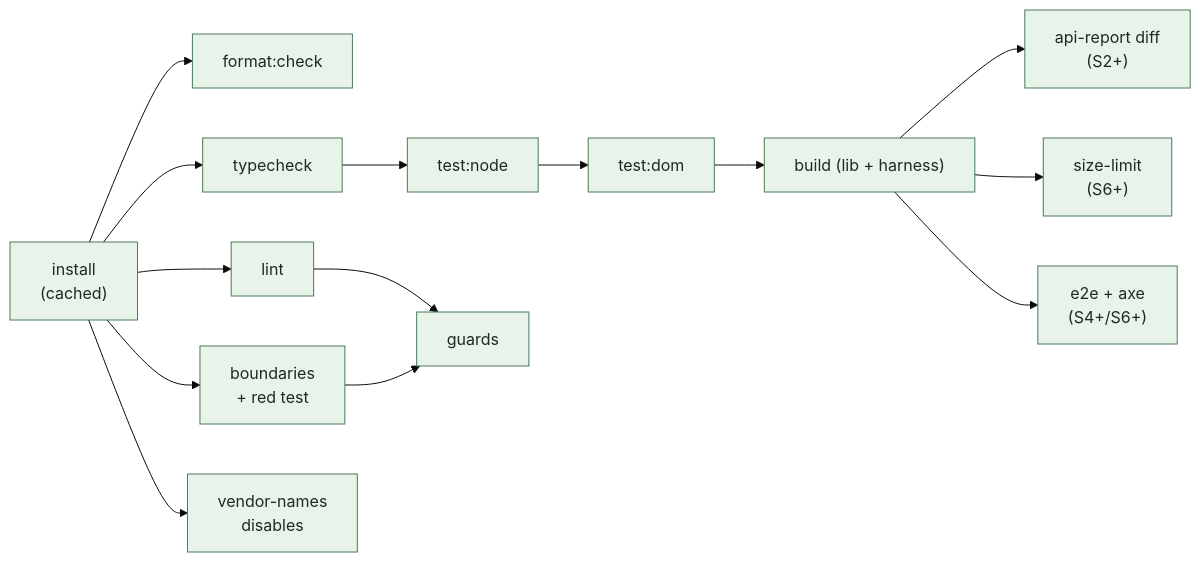
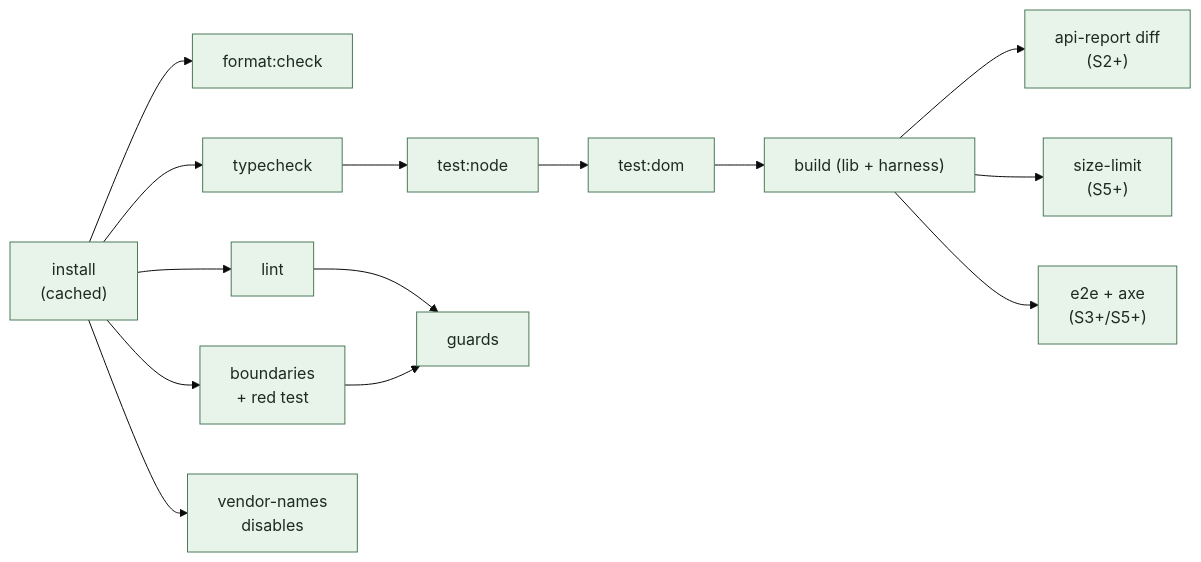
Before and after one commit to freegantt/freegantt: the diagram in docs/04-hooks-and-ci.md, drawn with Mermaid (base theme). The commit also changed other lines of this file and 25 other files, not shown here.

````diff
--- a/docs/04-hooks-and-ci.md
+++ b/docs/04-hooks-and-ci.md
@@ -132,19 +132,19 @@
 ```mermaid
 flowchart LR
   A["install<br/>(cached)"] --> B["format:check"]
   A --> C["typecheck"]
   A --> D["lint"]
   A --> E["boundaries<br/>+ red test"]
   A --> V["vendor-names<br/>disables"]
   C --> F["test:node"]
   D --> G["guards"]
   E --> G
   F --> H["test:dom"]
   H --> I["build (lib + harness)"]
   I --> J["api-report diff<br/>(S2+)"]
-  I --> K["size-limit<br/>(S6+)"]
-  I --> L["e2e + axe<br/>(S4+/S6+)"]
+  I --> K["size-limit<br/>(S5+)"]
+  I --> L["e2e + axe<br/>(S3+/S5+)"]
 
   classDef s fill:#e8f4ea,stroke:#4a7a58,color:#1c2b20
   class A,B,C,D,E,V,F,G,H,I,J,K,L s
 ```
````
